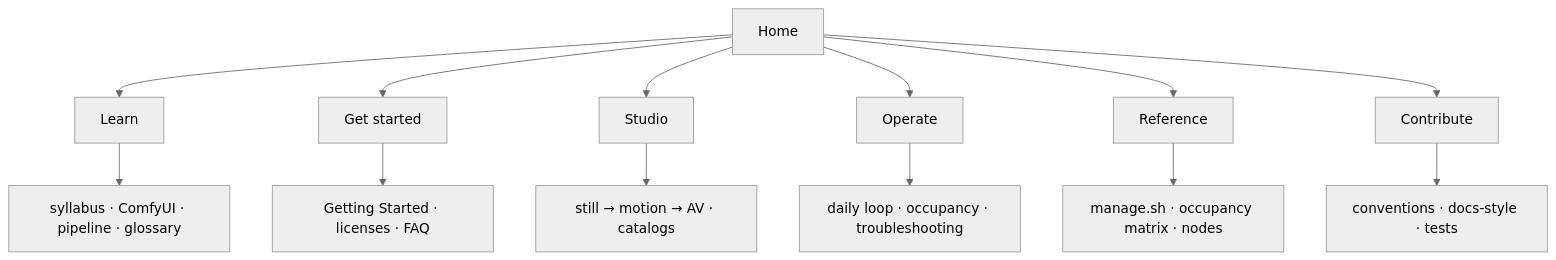
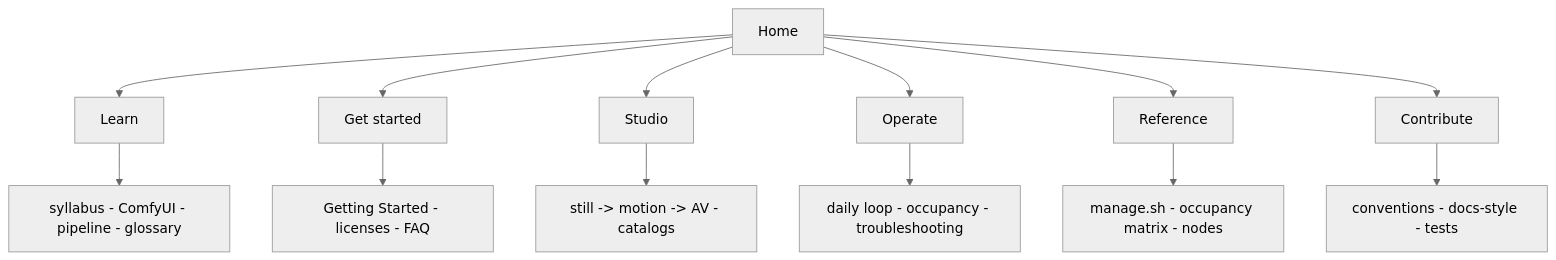
The diagram in README.md (toxicoder/ez-comfy-stack), drawn with Mermaid (neutral theme) before and after one commit. The commit also changed other lines of this file and 1894 other files, not shown here.

````diff
--- a/README.md
+++ b/README.md
@@ -25,15 +25,15 @@
 ```mermaid
 flowchart TB
   Home["Home"] --> Learn["Learn"]
   Home --> Start["Get started"]
   Home --> Studio["Studio"]
   Home --> Operate["Operate"]
   Home --> Ref["Reference"]
   Home --> Contribute["Contribute"]
-  Learn --> L1["syllabus · ComfyUI · pipeline · glossary"]
-  Start --> S1["Getting Started · licenses · FAQ"]
-  Studio --> C1["still → motion → AV · catalogs"]
-  Operate --> O1["daily loop · occupancy · troubleshooting"]
-  Ref --> R1["manage.sh · occupancy matrix · nodes"]
-  Contribute --> N1["conventions · docs-style · tests"]
+  Learn --> L1["syllabus - ComfyUI - pipeline - glossary"]
+  Start --> S1["Getting Started - licenses - FAQ"]
+  Studio --> C1["still -> motion -> AV - catalogs"]
+  Operate --> O1["daily loop - occupancy - troubleshooting"]
+  Ref --> R1["manage.sh - occupancy matrix - nodes"]
+  Contribute --> N1["conventions - docs-style - tests"]
 ```
````
